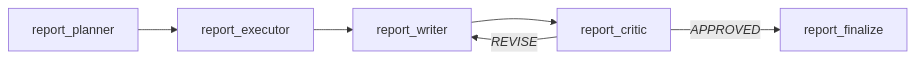
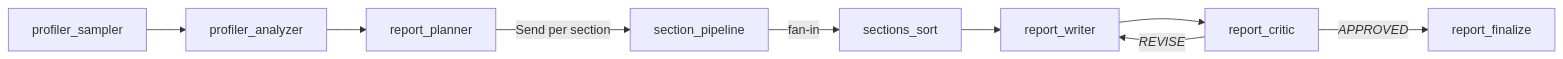
The second of 2 diagrams in docs/thangquang09/01_architecture.md (thangquang09/da-agent-project), drawn with Mermaid before and after one commit. The commit also changed other lines of this file and 12 other files, not shown here.

````diff
--- a/docs/thangquang09/01_architecture.md
+++ b/docs/thangquang09/01_architecture.md
@@ -212,8 +236,11 @@
 ```mermaid
 flowchart LR
-    PLAN[report_planner] --> EXEC[report_executor]
-    EXEC --> WRITE[report_writer]
+    SAMP[profiler_sampler] --> PROF[profiler_analyzer]
+    PROF --> PLAN[report_planner]
+    PLAN -->|Send per section| PIPE[section_pipeline]
+    PIPE -->|fan-in| SORT[sections_sort]
+    SORT --> WRITE[report_writer]
     WRITE --> CRITIC[report_critic]
     CRITIC -->|<i>REVISE</i>| WRITE
     CRITIC -->|<i>APPROVED</i>| FINAL[report_finalize]
 ```
````
